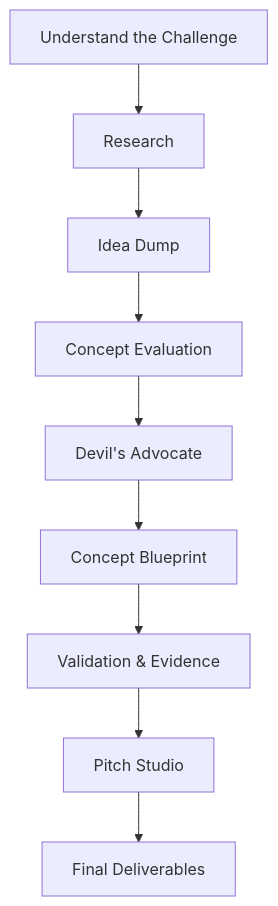
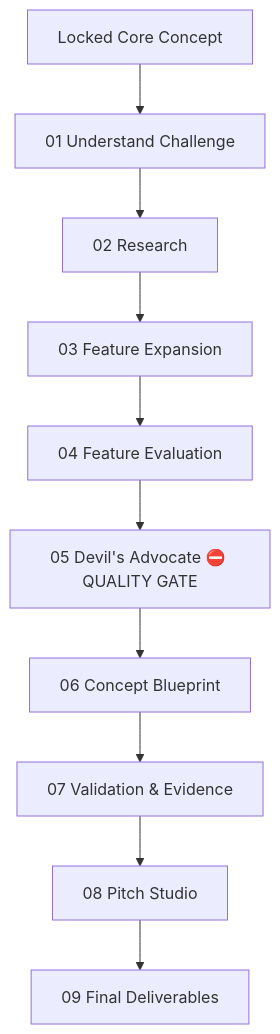
The diagram in _Project Roadmap.md (yara-hue/obsaero), drawn with Mermaid before and after one commit. The commit also changed other lines of this file and 42 other files, not shown here.

````diff
--- a/_Project Roadmap.md
+++ b/_Project Roadmap.md
@@ -12,11 +12,12 @@
 ```mermaid
 flowchart TD
-    A[Understand the Challenge] --> B[Research]
-    B --> C[Idea Dump]
-    C --> D[Concept Evaluation]
-    D --> E[Devil's Advocate]
-    E --> F[Concept Blueprint]
-    F --> G[Validation & Evidence]
-    G --> H[Pitch Studio]
-    H --> I[Final Deliverables]
+    LC[Locked Core Concept] --> A[01 Understand Challenge]
+    A --> B[02 Research]
+    B --> C[03 Feature Expansion]
+    C --> D[04 Feature Evaluation]
+    D --> E[05 Devil's Advocate ⛔ QUALITY GATE]
+    E --> F[06 Concept Blueprint]
+    F --> G[07 Validation & Evidence]
+    G --> H[08 Pitch Studio]
+    H --> I[09 Final Deliverables]
 ```
````
